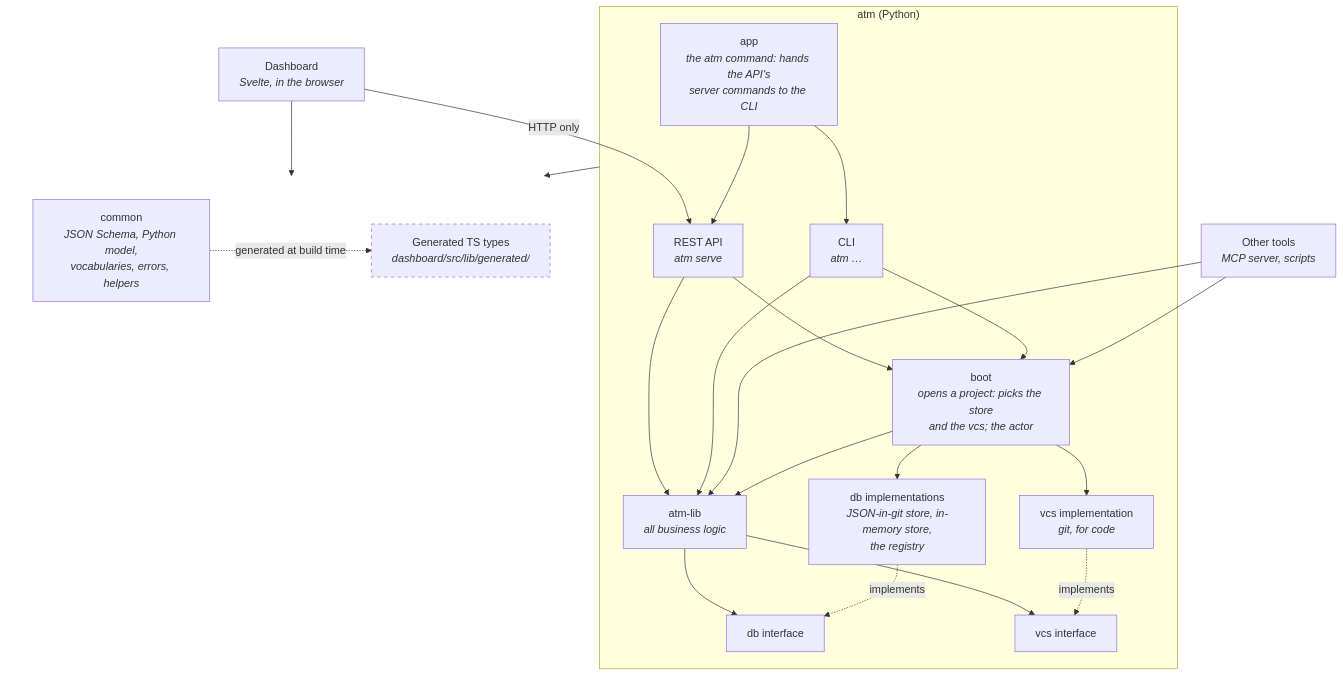
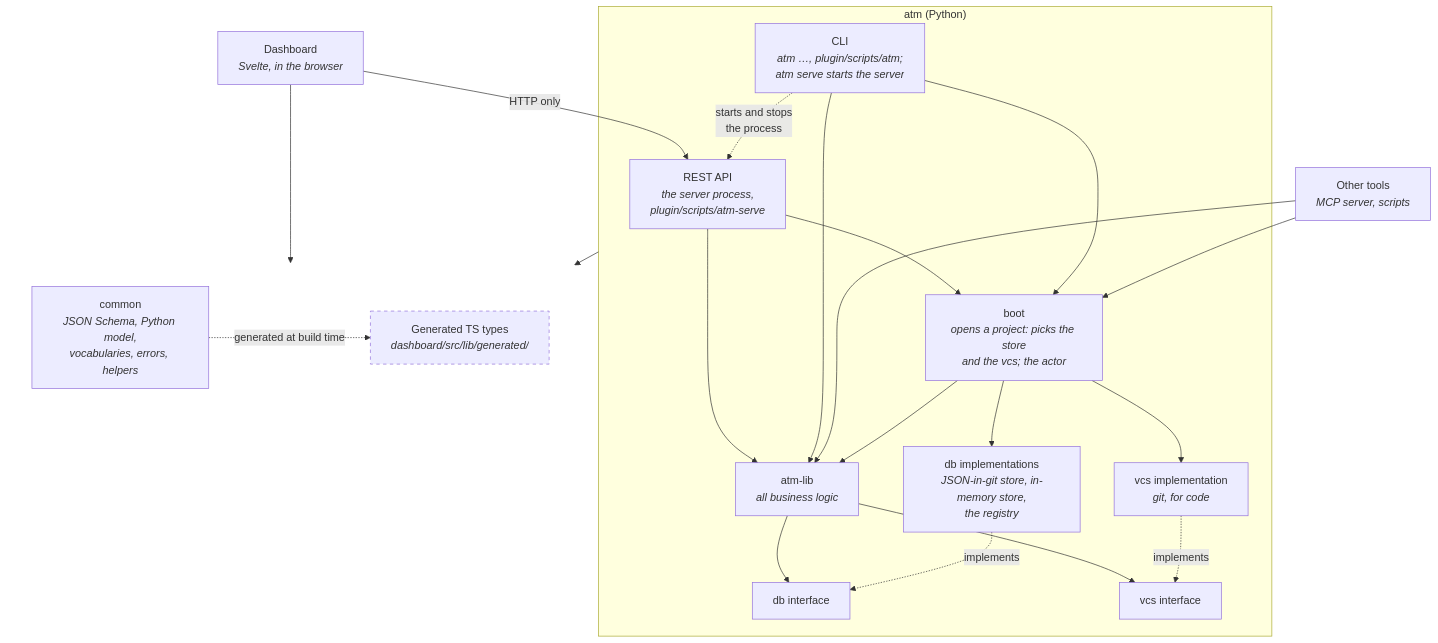
Before and after one commit to solo-swe/agentic-task-manager: the first of 2 diagrams in docs/layered-architecture.md, drawn with Mermaid. The commit also changed other lines of this file and 15 other files, not shown here.

Commit message:
feat(T-379): Layers gap 11.1: two launchers, atm and an internal atm-serve, replace the app layer

````diff
--- a/docs/layered-architecture.md
+++ b/docs/layered-architecture.md
@@ -25,47 +25,45 @@
 ```mermaid
 flowchart TD
     Dashboard["Dashboard<br/><i>Svelte, in the browser</i>"]
     Tools["Other tools<br/><i>MCP server, scripts</i>"]
 
     subgraph Python["atm (Python)"]
-        App["app<br/><i>the atm command: hands the API's<br/>server commands to the CLI</i>"]
-        API["REST API<br/><i>atm serve</i>"]
-        CLI["CLI<br/><i>atm …</i>"]
+        API["REST API<br/><i>the server process,<br/>plugin/scripts/atm-serve</i>"]
+        CLI["CLI<br/><i>atm …, plugin/scripts/atm;<br/>atm serve starts the server</i>"]
         Boot["boot<br/><i>opens a project: picks the store<br/>and the vcs; the actor</i>"]
         Lib["atm-lib<br/><i>all business logic</i>"]
         DbI["db interface"]
         VcsI["vcs interface"]
         Db["db implementations<br/><i>JSON-in-git store, in-memory store,<br/>the registry</i>"]
         Vcs["vcs implementation<br/><i>git, for code</i>"]
     end
 
     subgraph Shared[" "]
         direction LR
         Common["common<br/><i>JSON Schema, Python model,<br/>vocabularies, errors, helpers</i>"]
         TSTypes["Generated TS types<br/><i>dashboard/src/lib/generated/</i>"]
     end
 
     Dashboard -- "HTTP only" --> API
-    App --> CLI
-    App --> API
+    CLI -. "starts and stops<br/>the process" .-> API
     API --> Lib
     CLI --> Lib
     API --> Boot
     CLI --> Boot
     Tools --> Lib
     Tools --> Boot
     Boot --> Lib
     Boot --> Db
     Boot --> Vcs
     Lib --> DbI
     Lib --> VcsI
     Db -. implements .-> DbI
     Vcs -. implements .-> VcsI
     Python --> Common
     Dashboard --> TSTypes
     Common -. "generated at build time" .-> TSTypes
 
     classDef generated stroke-dasharray: 5 5
     class TSTypes generated
     style Shared fill:none,stroke:none
 ```
````
